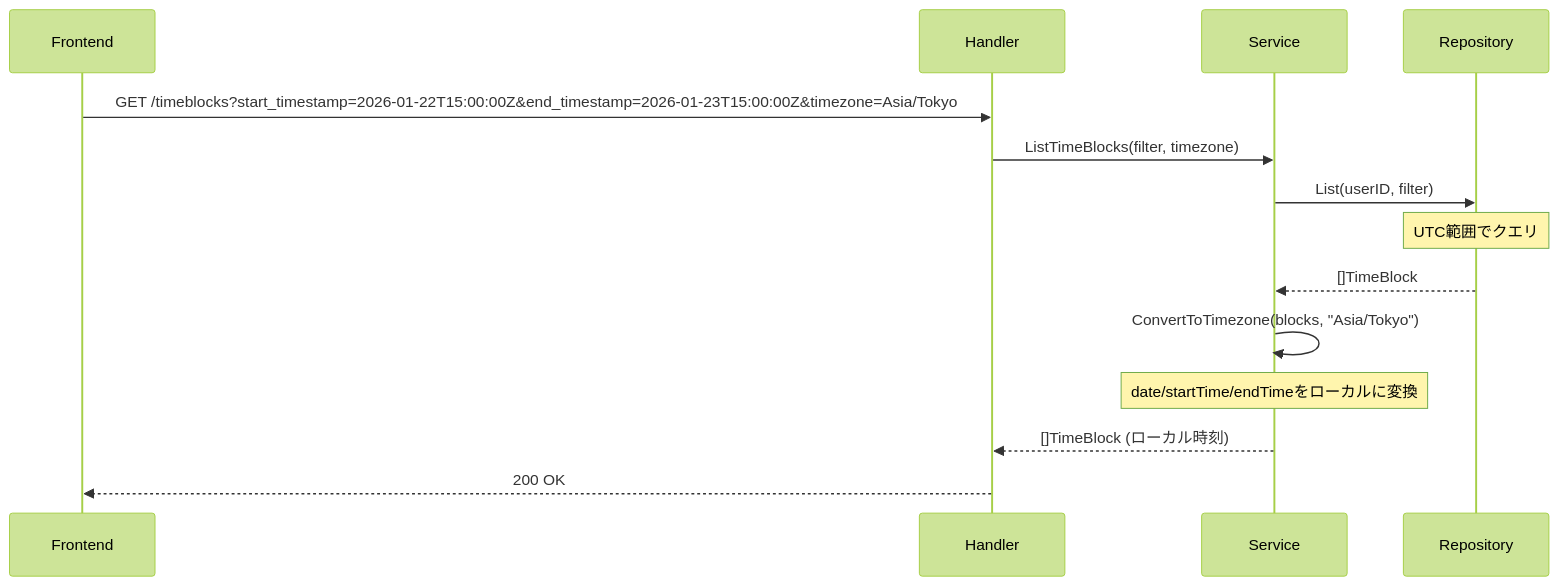
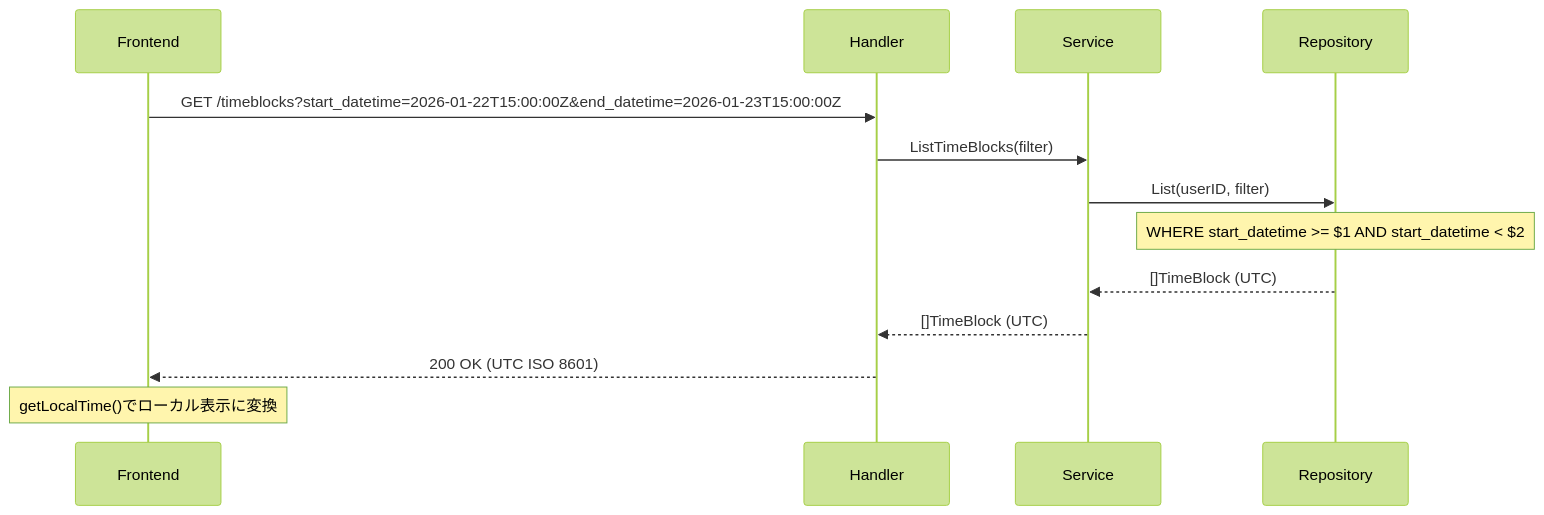
One commit to yu-min3/kensan changed the second of 3 diagrams in backend/services/timeblock/ARCHITECTURE.md. Above: the diagram before and after it, drawn with Mermaid (forest theme). The commit also changed other lines of this file and 149 other files, not shown here.

````diff
--- a/backend/services/timeblock/ARCHITECTURE.md
+++ b/backend/services/timeblock/ARCHITECTURE.md
@@ -333,17 +321,16 @@
 ```mermaid
 sequenceDiagram
     participant Frontend
     participant Handler
     participant Service
     participant Repository
 
-    Frontend->>Handler: GET /timeblocks?start_timestamp=2026-01-22T15:00:00Z&end_timestamp=2026-01-23T15:00:00Z&timezone=Asia/Tokyo
-    Handler->>Service: ListTimeBlocks(filter, timezone)
+    Frontend->>Handler: GET /timeblocks?start_datetime=2026-01-22T15:00:00Z&end_datetime=2026-01-23T15:00:00Z
+    Handler->>Service: ListTimeBlocks(filter)
     Service->>Repository: List(userID, filter)
-    Note over Repository: UTC範囲でクエリ
-    Repository-->>Service: []TimeBlock
-    Service->>Service: ConvertToTimezone(blocks, "Asia/Tokyo")
-    Note over Service: date/startTime/endTimeをローカルに変換
-    Service-->>Handler: []TimeBlock (ローカル時刻)
-    Handler-->>Frontend: 200 OK
+    Note over Repository: WHERE start_datetime >= $1 AND start_datetime < $2
+    Repository-->>Service: []TimeBlock (UTC)
+    Service-->>Handler: []TimeBlock (UTC)
+    Handler-->>Frontend: 200 OK (UTC ISO 8601)
+    Note over Frontend: getLocalTime()でローカル表示に変換
 ```
````
